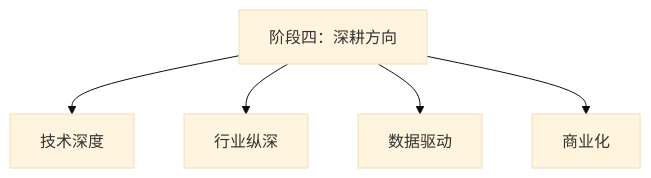
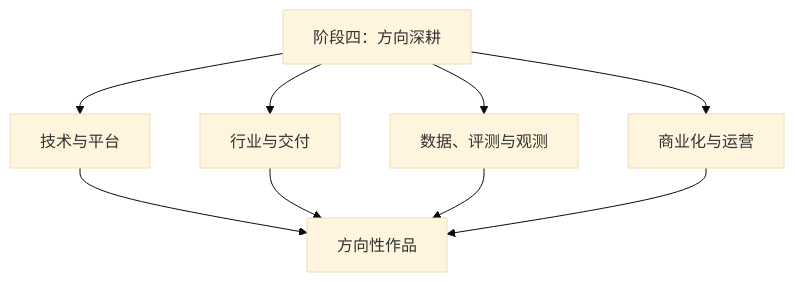
One commit to AI-PM-Wiki/AIPM changed the second of 2 diagrams in docs/intro/self-study-roadmap.md. Above: the diagram before and after it, drawn with Mermaid (base theme). The commit also changed other lines of this file and 26 other files, not shown here.

````diff
--- a/docs/intro/self-study-roadmap.md
+++ b/docs/intro/self-study-roadmap.md
@@ -146,7 +165,11 @@
 ```mermaid
 flowchart TD
-    deep[阶段四：深耕方向] --> tech[技术深度]
-    deep --> industry[行业纵深]
-    deep --> data[数据驱动]
-    deep --> business[商业化]
+    deep[阶段四：方向深耕] --> tech[技术与平台]
+    deep --> industry[行业与交付]
+    deep --> data[数据、评测与观测]
+    deep --> business[商业化与运营]
+    tech --> proof[方向性作品]
+    industry --> proof
+    data --> proof
+    business --> proof
 ```
````
